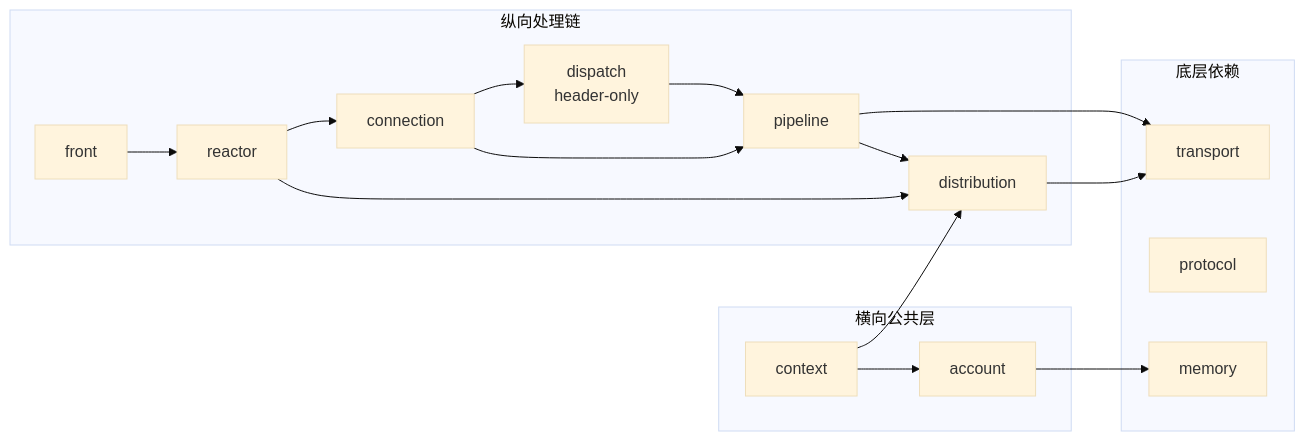
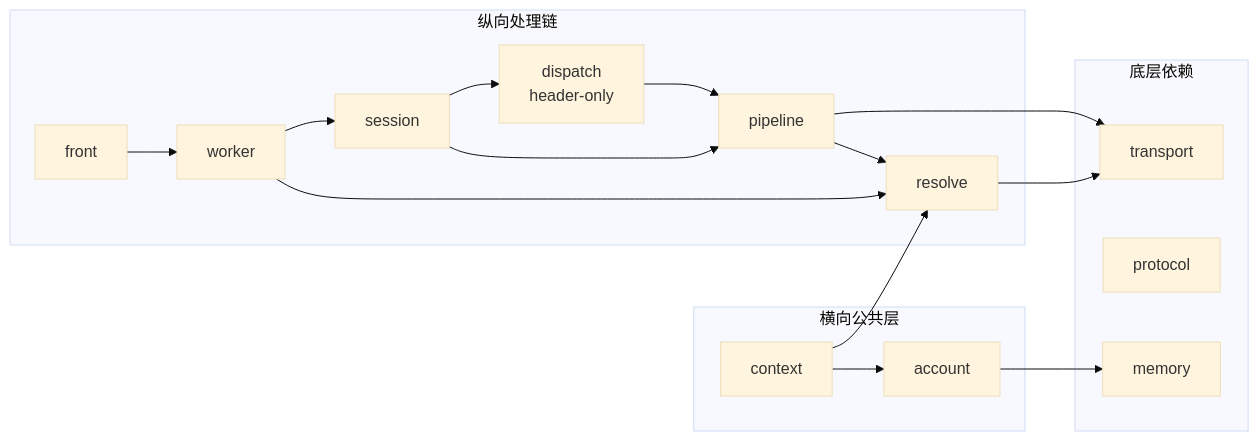
Before and after one commit to Hatedatastructures/Prism: the diagram in docs/reference/diagrams/dependencies.mmd, drawn with Mermaid (base theme). The commit also changed 134 other files, not shown here.

```diff
--- a/docs/reference/diagrams/dependencies.mmd
+++ b/docs/reference/diagrams/dependencies.mmd
@@ -1,34 +1,34 @@
 graph LR
     subgraph "横向公共层"
         account[account]
         context[context]
     end
     
     subgraph "纵向处理链"
         front[front]
-        reactor[reactor]
-        connection[connection]
+        worker[worker]
+        session[session]
         dispatch[dispatch<br/>header-only]
         pipeline[pipeline]
-        distribution[distribution]
+        resolve[resolve]
     end
     
     subgraph "底层依赖"
         transport[transport]
         protocol[protocol]
         memory[memory]
     end
     
-    front --> reactor
-    reactor --> connection
-    reactor --> distribution
-    connection --> dispatch
-    connection --> pipeline
+    front --> worker
+    worker --> session
+    worker --> resolve
+    session --> dispatch
+    session --> pipeline
     dispatch --> pipeline
-    pipeline --> distribution
-    distribution --> transport
+    pipeline --> resolve
+    resolve --> transport
     pipeline --> transport
     
     account --> memory
     context --> account
-    context --> distribution
+    context --> resolve
```
